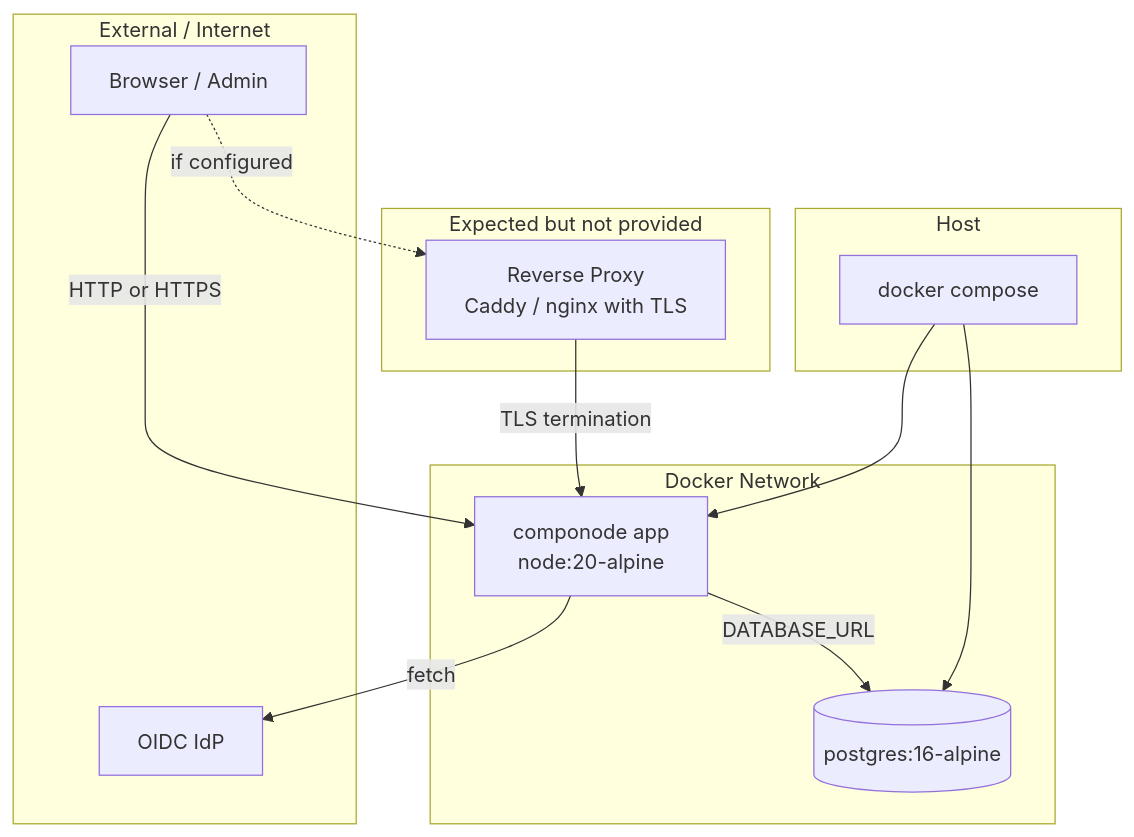
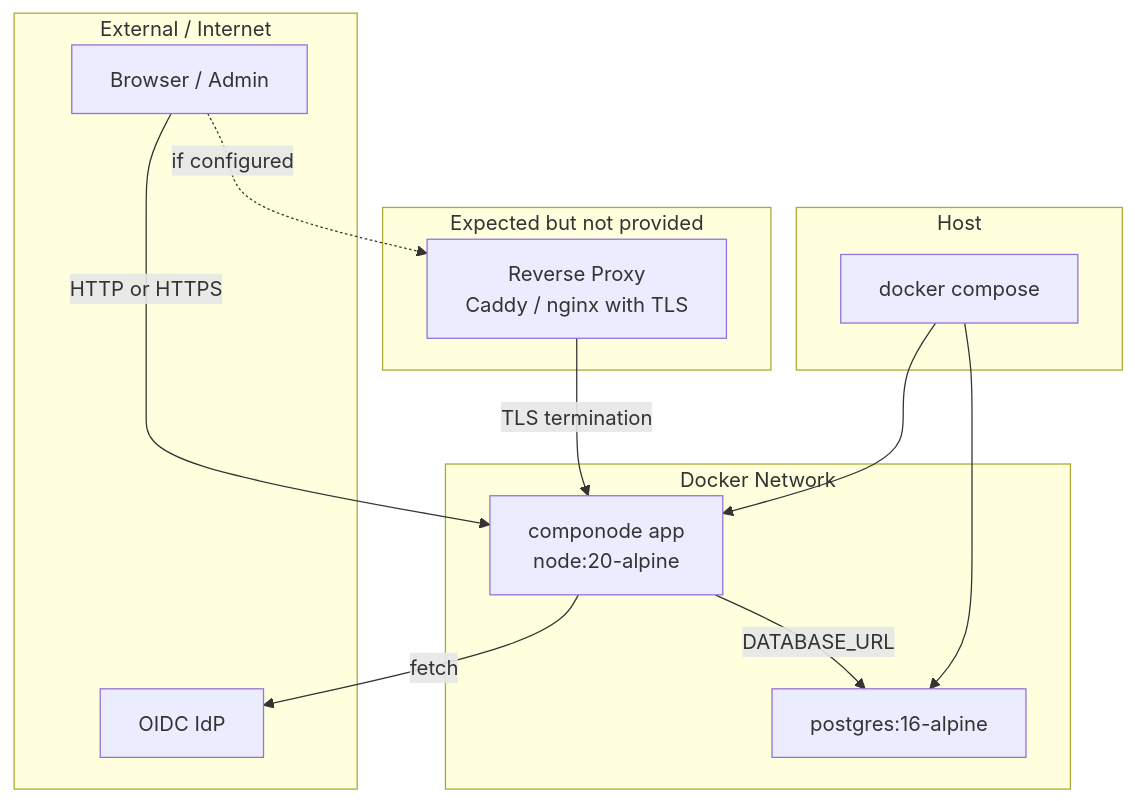
The sixth of 6 diagrams in docs/security/2026-09-10-security-assessment.md (estevanalex/componode), drawn with Mermaid before and after one commit. The commit also changed other lines of this file and 1 other file, not shown here.

First line of the commit message:
Fix Mermaid syntax and strengthen skill guidance.

````diff
--- a/docs/security/2026-09-10-security-assessment.md
+++ b/docs/security/2026-09-10-security-assessment.md
@@ -303,28 +304,28 @@
 ```mermaid
 flowchart TD
   subgraph Ext["External / Internet"]
-    USER[Browser / Admin]
-    IDP[OIDC IdP]
+    USER["Browser / Admin"]
+    IDP["OIDC IdP"]
   end
 
   subgraph Host["Host"]
-    DC[docker compose]
+    DC["docker compose"]
   end
 
   subgraph Network["Docker Network"]
-    PG[(postgres:16-alpine)]
-    APP[componode app<br/>node:20-alpine]
+    PG["postgres:16-alpine"]
+    APP["componode app<br/>node:20-alpine"]
   end
 
   subgraph Optional["Expected but not provided"]
-    REV[Reverse Proxy<br/>Caddy / nginx with TLS]
+    REV["Reverse Proxy<br/>Caddy / nginx with TLS"]
   end
 
-  USER -->|HTTP or HTTPS| APP
-  REV -->|TLS termination| APP
-  USER -.->|if configured| REV
-  APP -->|DATABASE_URL| PG
-  APP -->|fetch| IDP
+  USER -->|"HTTP or HTTPS"| APP
+  REV -->|"TLS termination"| APP
+  USER -.->|"if configured"| REV
+  APP -->|"DATABASE_URL"| PG
+  APP -->|"fetch"| IDP
   DC --> PG
   DC --> APP
 ```
````
